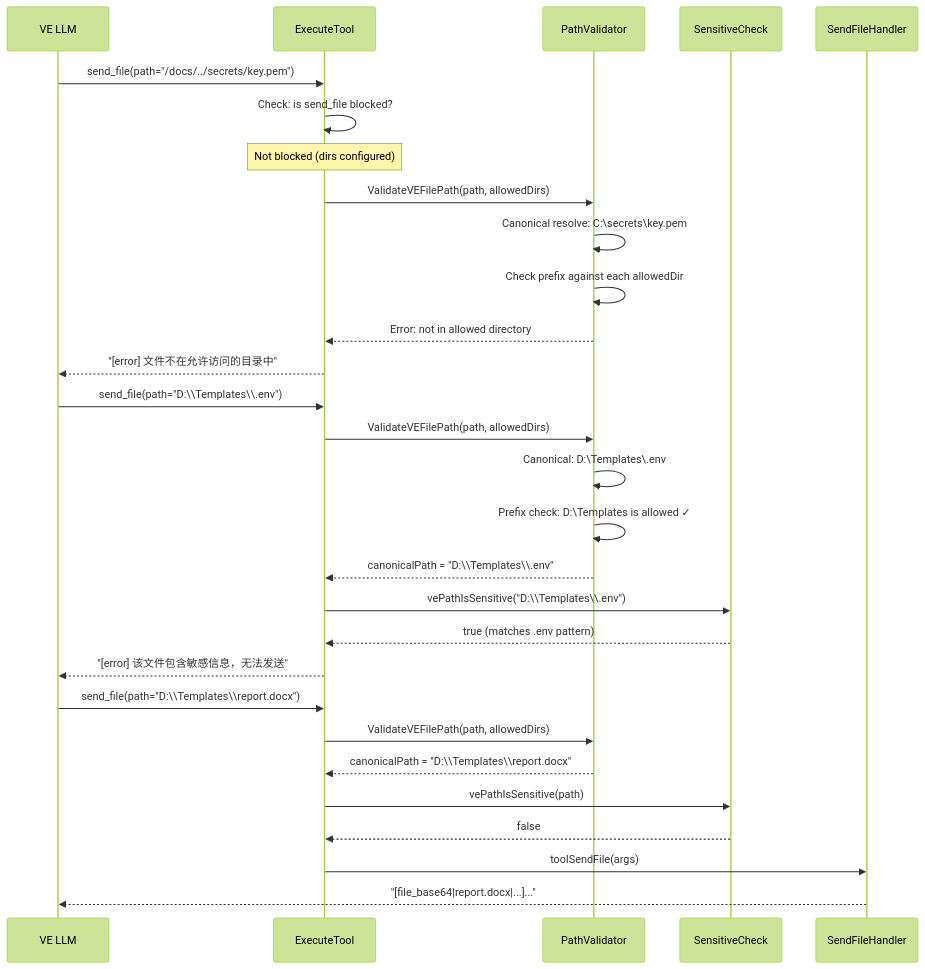
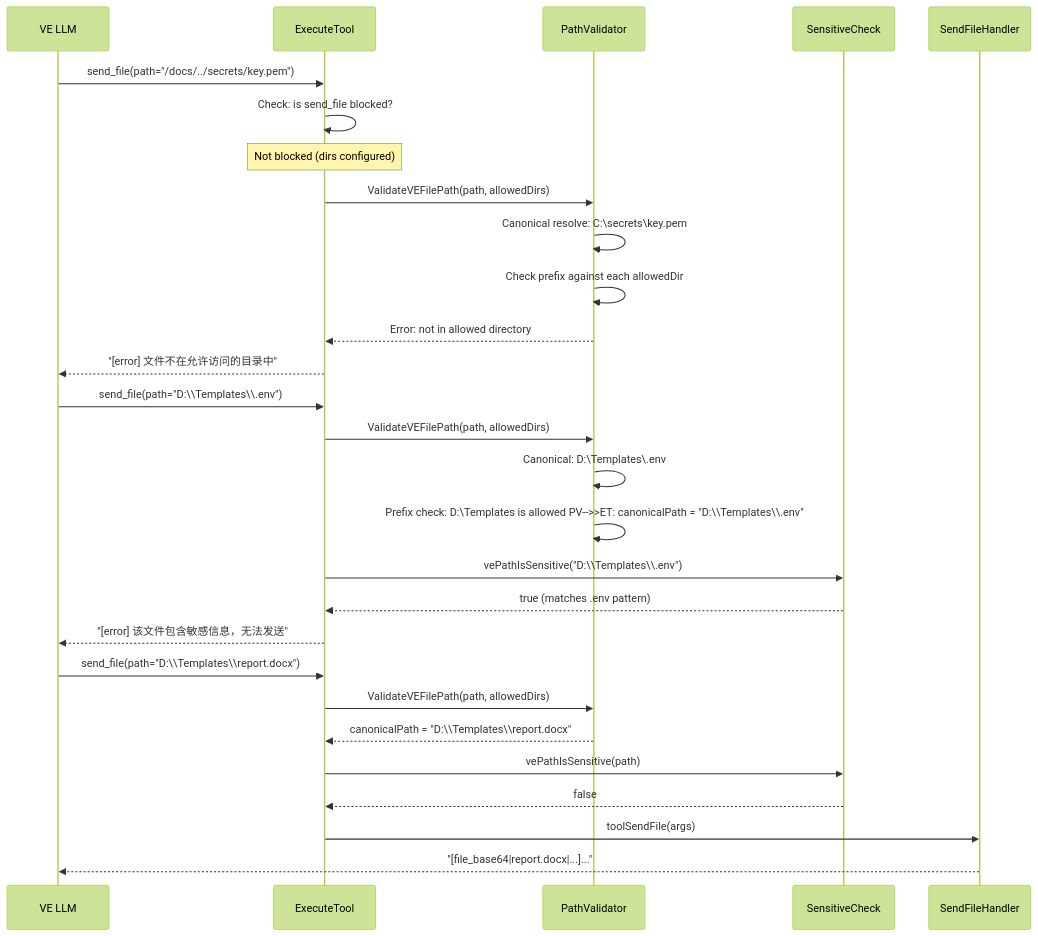
Before and after one commit to RapidAI/MaClaw: the second of 2 diagrams in .kiro/specs/ve-file-sharing-directories/design.md, drawn with Mermaid (forest theme). The commit also changed 1135 other files, not shown here.

````diff
--- a/.kiro/specs/ve-file-sharing-directories/design.md
+++ b/.kiro/specs/ve-file-sharing-directories/design.md
@@ -153,34 +153,33 @@
 ```mermaid
 sequenceDiagram
     participant LLM as VE LLM
     participant ET as ExecuteTool
     participant PV as PathValidator
     participant SF as SensitiveCheck
     participant SFH as SendFileHandler
 
     LLM->>ET: send_file(path="/docs/../secrets/key.pem")
     ET->>ET: Check: is send_file blocked?
     Note over ET: Not blocked (dirs configured)
     ET->>PV: ValidateVEFilePath(path, allowedDirs)
     PV->>PV: Canonical resolve: C:\secrets\key.pem
     PV->>PV: Check prefix against each allowedDir
     PV-->>ET: Error: not in allowed directory
     ET-->>LLM: "[error] 文件不在允许访问的目录中"
 
     LLM->>ET: send_file(path="D:\\Templates\\.env")
     ET->>PV: ValidateVEFilePath(path, allowedDirs)
     PV->>PV: Canonical: D:\Templates\.env
-    PV->>PV: Prefix check: D:\Templates is allowed ✓
-    PV-->>ET: canonicalPath = "D:\\Templates\\.env"
+    PV->>PV: Prefix check: D:\Templates is allowed     PV-->>ET: canonicalPath = "D:\\Templates\\.env"
     ET->>SF: vePathIsSensitive("D:\\Templates\\.env")
     SF-->>ET: true (matches .env pattern)
     ET-->>LLM: "[error] 该文件包含敏感信息，无法发送"
 
     LLM->>ET: send_file(path="D:\\Templates\\report.docx")
     ET->>PV: ValidateVEFilePath(path, allowedDirs)
     PV-->>ET: canonicalPath = "D:\\Templates\\report.docx"
     ET->>SF: vePathIsSensitive(path)
     SF-->>ET: false
     ET->>SFH: toolSendFile(args)
     SFH-->>LLM: "[file_base64|report.docx|...]..."
 ```
````
